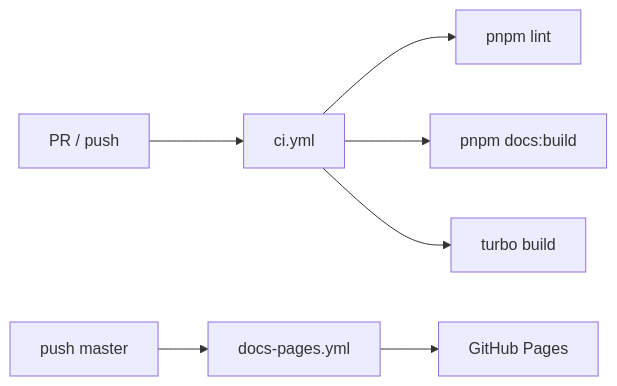
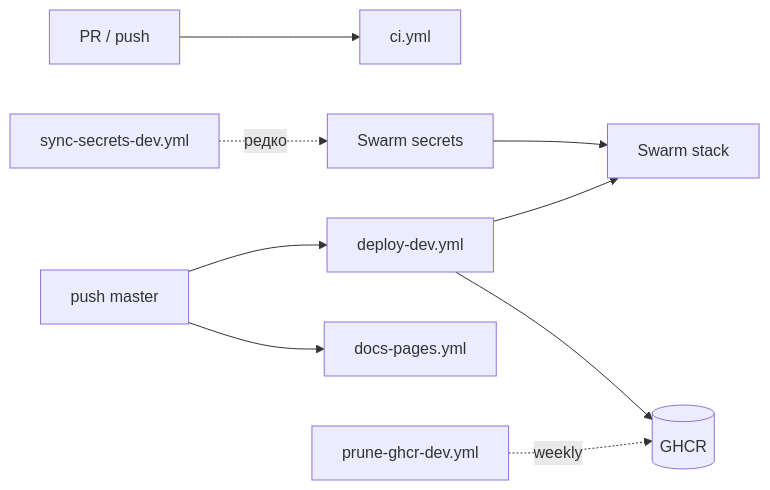
One commit to andrewb76/tavrida changed the diagram in docs/04-deployment/github-actions.md. Above: the diagram before and after it, drawn with Mermaid. The commit also changed other lines of this file and 202 other files, not shown here.

````diff
--- a/docs/04-deployment/github-actions.md
+++ b/docs/04-deployment/github-actions.md
@@ -13,9 +18,11 @@
 ```mermaid
 flowchart LR
-    PR[PR / push] --> CI[ci.yml]
-    CI --> Lint[pnpm lint]
-    CI --> Docs[pnpm docs:build]
-    CI --> Build[turbo build]
-    PushMaster[push master] --> Pages[docs-pages.yml]
-    Pages --> GHP[GitHub Pages]
+  PR[PR / push] --> CI[ci.yml]
+  PushMaster[push master] --> Pages[docs-pages.yml]
+  PushMaster --> Deploy[deploy-dev.yml]
+  Deploy --> GHCR[(GHCR)]
+  Deploy --> Swarm[Swarm stack]
+  Sync[sync-secrets-dev.yml] -.->|редко| Secrets[Swarm secrets]
+  Secrets --> Swarm
+  Prune[prune-ghcr-dev.yml] -.->|weekly| GHCR
 ```
````
